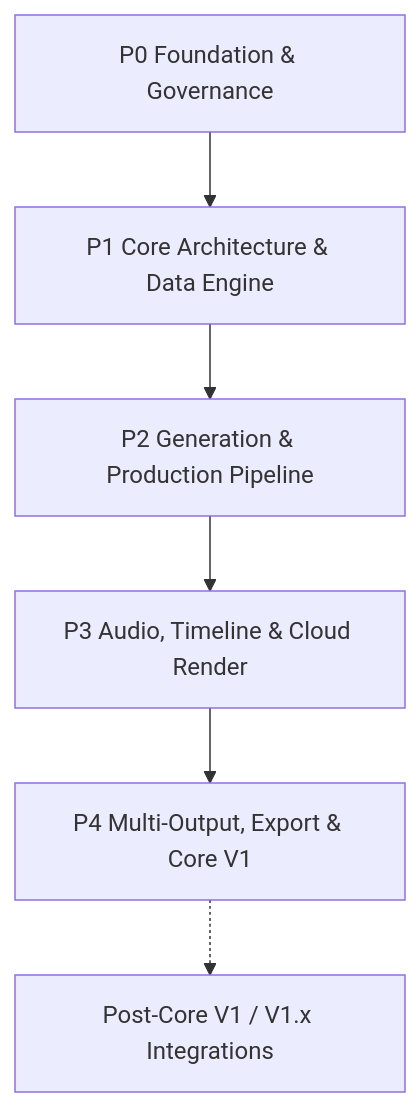
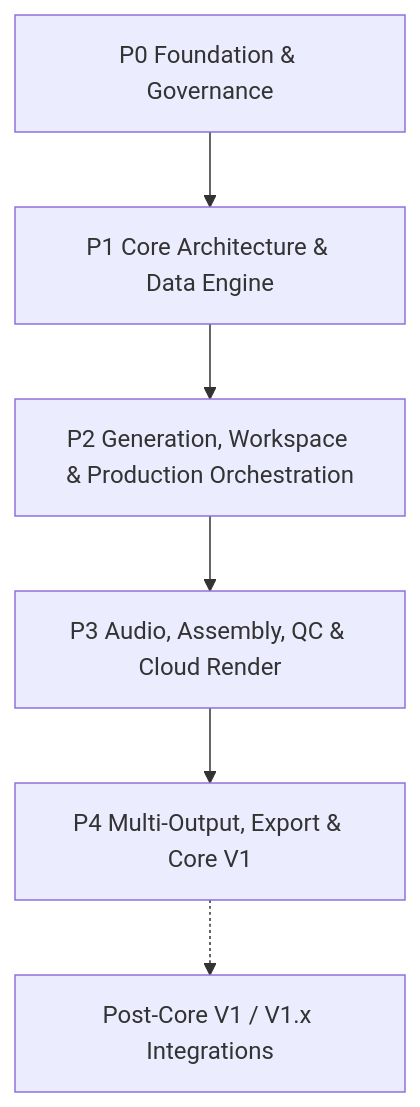
The diagram in project-docs/40_DELIVERY/WORK_PACKAGES.md (rebootob/Orbis-Video-Studio-AI), drawn with Mermaid before and after one commit. The commit also changed other lines of this file, not shown here.

Commit message:
docs: sync roadmap through WP010 corrective

````diff
--- a/project-docs/40_DELIVERY/WORK_PACKAGES.md
+++ b/project-docs/40_DELIVERY/WORK_PACKAGES.md
@@ -11,8 +13,8 @@
 ```mermaid
 graph TD
     P0["P0 Foundation & Governance"] --> P1["P1 Core Architecture & Data Engine"]
-    P1 --> P2["P2 Generation & Production Pipeline"]
-    P2 --> P3["P3 Audio, Timeline & Cloud Render"]
+    P1 --> P2["P2 Generation, Workspace & Production Orchestration"]
+    P2 --> P3["P3 Audio, Assembly, QC & Cloud Render"]
     P3 --> P4["P4 Multi-Output, Export & Core V1"]
     P4 -.-> PX["Post-Core V1 / V1.x Integrations"]
 ```
````
